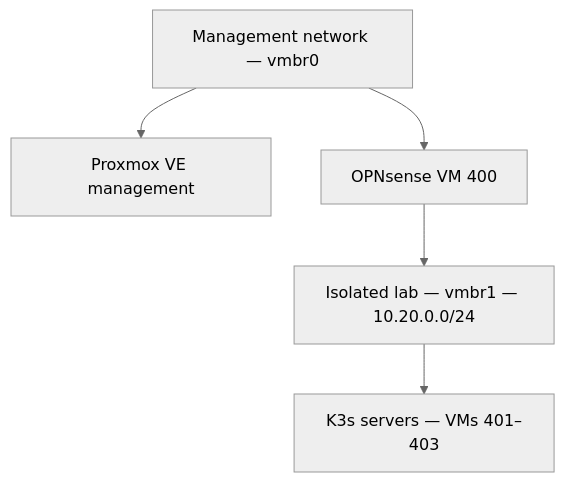
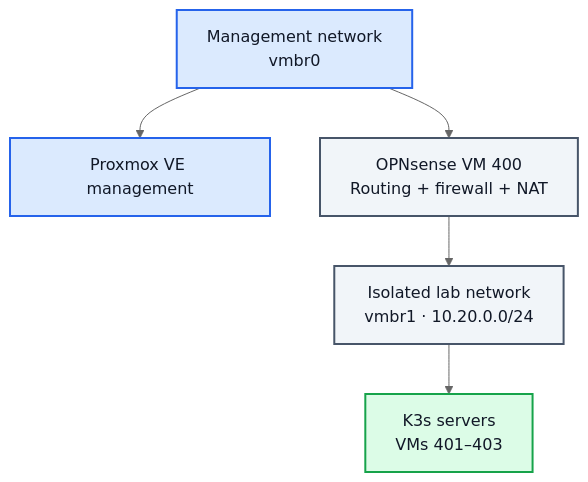
Before and after one commit to Capasiter/homelab-portfolio: the diagram in proxmox/opentofu/environments/k3s/README.md, drawn with Mermaid (neutral theme). The commit also changed 3 other files, not shown here.

First line of the commit message:
docs: unify and refine infrastructure diagrams (#36)

````diff
--- a/proxmox/opentofu/environments/k3s/README.md
+++ b/proxmox/opentofu/environments/k3s/README.md
@@ -11,7 +11,21 @@
 ```mermaid
 flowchart TD
-    Management["Management network — vmbr0"] --> Proxmox["Proxmox VE management"]
-    Management --> Firewall["OPNsense VM 400"]
-    Firewall --> Lab["Isolated lab — vmbr1 — 10.20.0.0/24"]
-    Lab --> Nodes["K3s servers — VMs 401–403"]
+    Management["Management network<br/>vmbr0"]
+    Proxmox["Proxmox VE management"]
+    Firewall["OPNsense VM 400<br/>Routing + firewall + NAT"]
+    Lab["Isolated lab network<br/>vmbr1 · 10.20.0.0/24"]
+    Nodes["K3s servers<br/>VMs 401–403"]
+
+    Management --> Proxmox
+    Management --> Firewall
+    Firewall --> Lab
+    Lab --> Nodes
+
+    classDef control fill:#DBEAFE,stroke:#2563EB,color:#111827,stroke-width:2px,font-size:16px
+    classDef boundary fill:#F1F5F9,stroke:#475569,color:#111827,stroke-width:2px,font-size:16px
+    classDef runtime fill:#DCFCE7,stroke:#16A34A,color:#111827,stroke-width:2px,font-size:16px
+
+    class Management,Proxmox control
+    class Firewall,Lab boundary
+    class Nodes runtime
 ```
````
